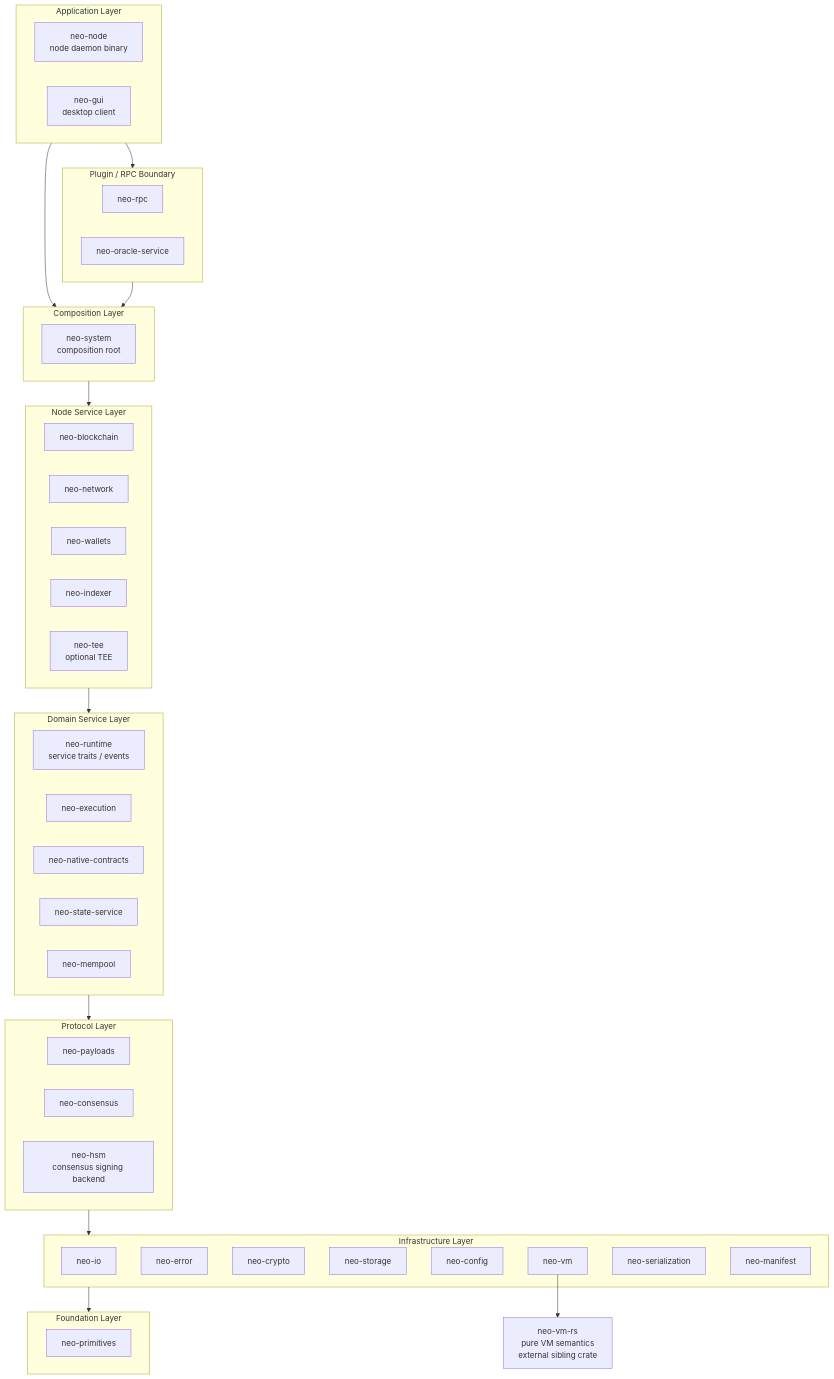
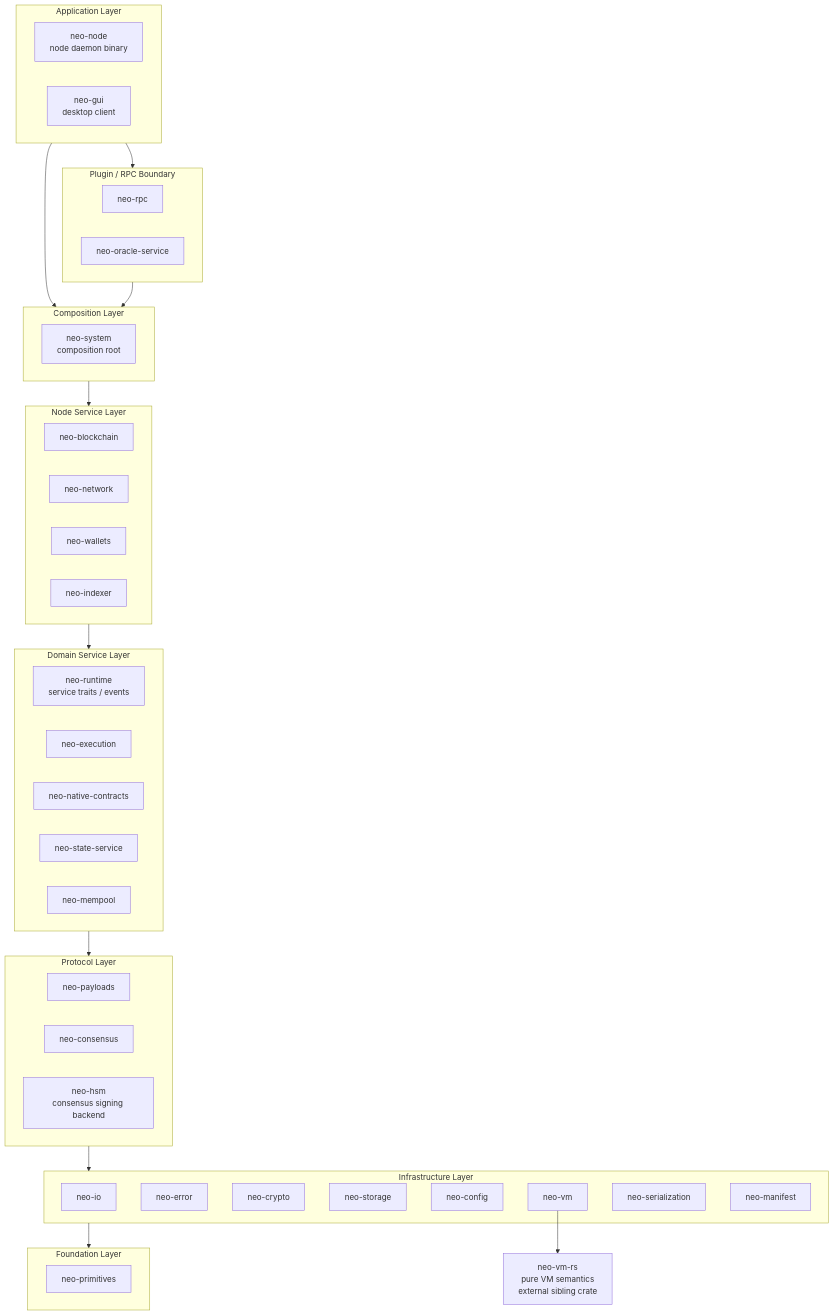
One commit to r3e-network/neo-rs changed the diagram in docs/architecture.md. Above: the diagram before and after it, drawn with Mermaid. The commit also changed other lines of this file and 64 other files, not shown here.

First line of the commit message:
subtract: delete the unwired neo-tee TEE subsystem + ValidatorAttribute scaffold

````diff
--- a/docs/architecture.md
+++ b/docs/architecture.md
@@ -24,65 +24,64 @@
 ```mermaid
 flowchart TD
     subgraph APP["Application Layer"]
         node[neo-node<br/>node daemon binary]
         gui[neo-gui<br/>desktop client]
     end
 
     subgraph PLUG["Plugin / RPC Boundary"]
         rpc[neo-rpc]
         oracle[neo-oracle-service]
     end
 
     subgraph COMP["Composition Layer"]
         system[neo-system<br/>composition root]
     end
 
     subgraph SVC["Node Service Layer"]
         blockchain[neo-blockchain]
         network[neo-network]
         wallets[neo-wallets]
         indexer[neo-indexer]
-        tee[neo-tee<br/>optional TEE]
     end
 
     subgraph DOM["Domain Service Layer"]
         runtime[neo-runtime<br/>service traits / events]
         execution[neo-execution]
         natives[neo-native-contracts]
         state[neo-state-service]
         mempool[neo-mempool]
     end
 
     subgraph PROTO["Protocol Layer"]
         payloads[neo-payloads]
         consensus[neo-consensus]
         hsm[neo-hsm<br/>consensus signing backend]
     end
 
     subgraph INF["Infrastructure Layer"]
         io[neo-io]
         error[neo-error]
         crypto[neo-crypto]
         storage[neo-storage]
         config[neo-config]
         vm[neo-vm]
         serialization[neo-serialization]
         manifest[neo-manifest]
     end
 
     subgraph FND["Foundation Layer"]
         primitives[neo-primitives]
     end
 
     extvm[neo-vm-rs<br/>pure VM semantics<br/>external sibling crate]
 
     APP --> PLUG
     APP --> COMP
     PLUG --> COMP
     COMP --> SVC
     SVC --> DOM
     DOM --> PROTO
     PROTO --> INF
     INF --> FND
     vm --> extvm
 ```
````
